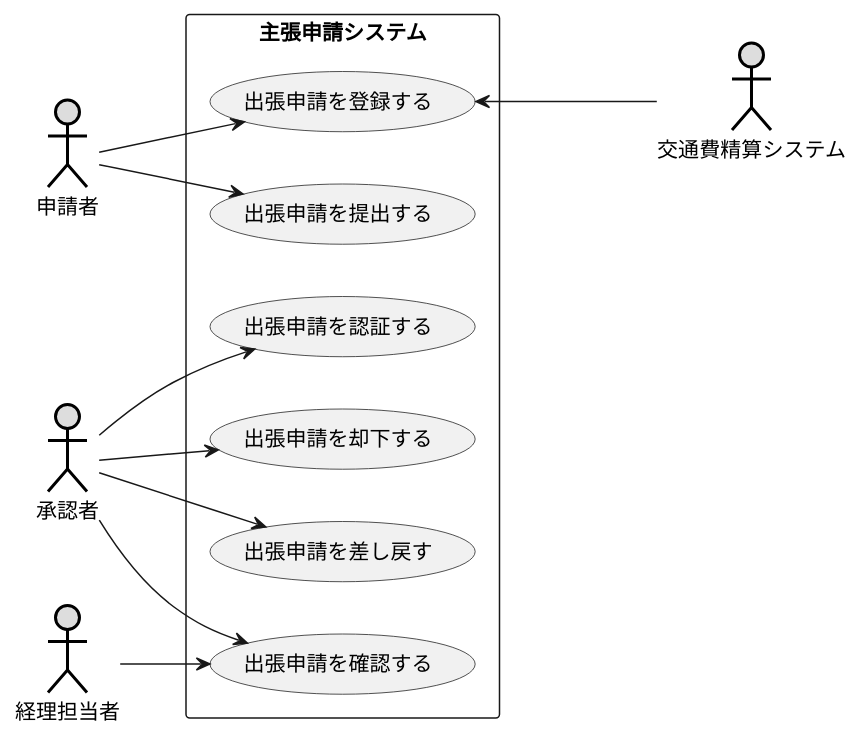
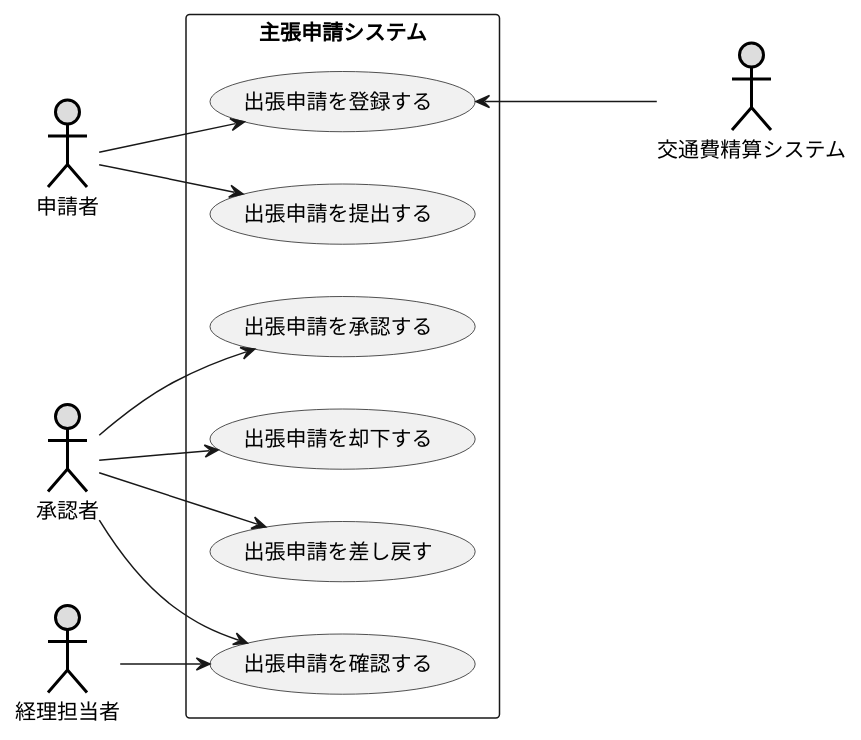
One commit to allface017/uml-introduction changed the diagram in 演習2-1_UM_出張管理システム.pu. Above: the diagram before and after it, drawn with PlantUML.

Commit message:
演習2

```diff
--- a/演習2-1_UM_出張管理システム.pu
+++ b/演習2-1_UM_出張管理システム.pu
@@ -1,25 +1,25 @@
 @startuml 例題3
 left to right direction
 actor 申請者 as user #DDDDDD;line:black;line.bold;
 actor 承認者 as admin #DDDDDD;line:black;line.bold;
 actor 経理担当者 as par #DDDDDD;line:black;line.bold;
 actor 交通費精算システム as sisu #DDDDDD;line:black;line.bold;
 
 rectangle 主張申請システム {
 usecase 出張申請を登録する as A
 usecase 出張申請を提出する as B
-usecase 出張申請を認証する as C
+usecase 出張申請を承認する as C
 usecase 出張申請を却下する as D
 usecase 出張申請を差し戻す as E
 usecase 出張申請を確認する as F
 }
 
 user --> A
 user --> B
 admin --> C
 admin --> D
 admin --> E
 admin --> F
 par --> F 
 A <--- sisu
 @enduml
```
